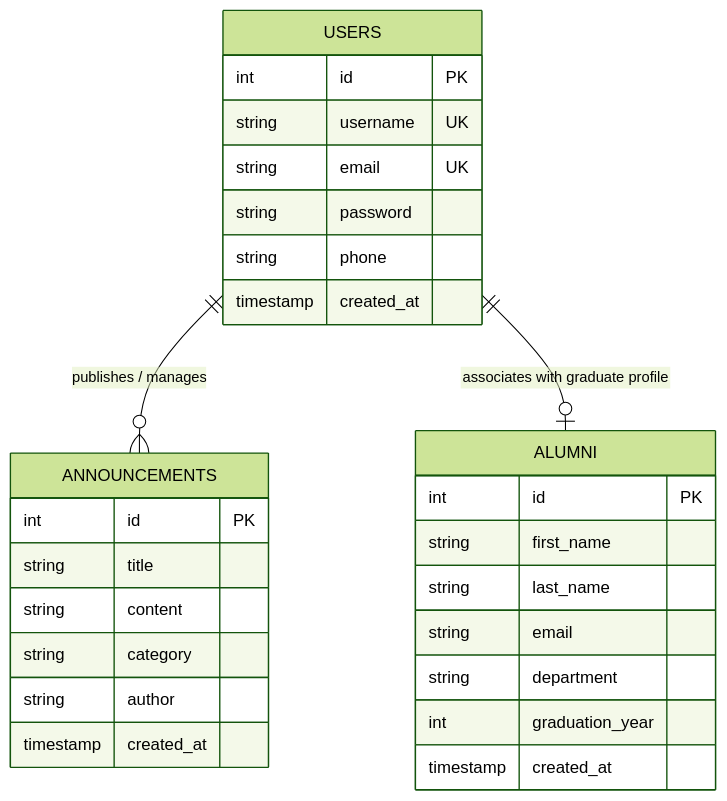
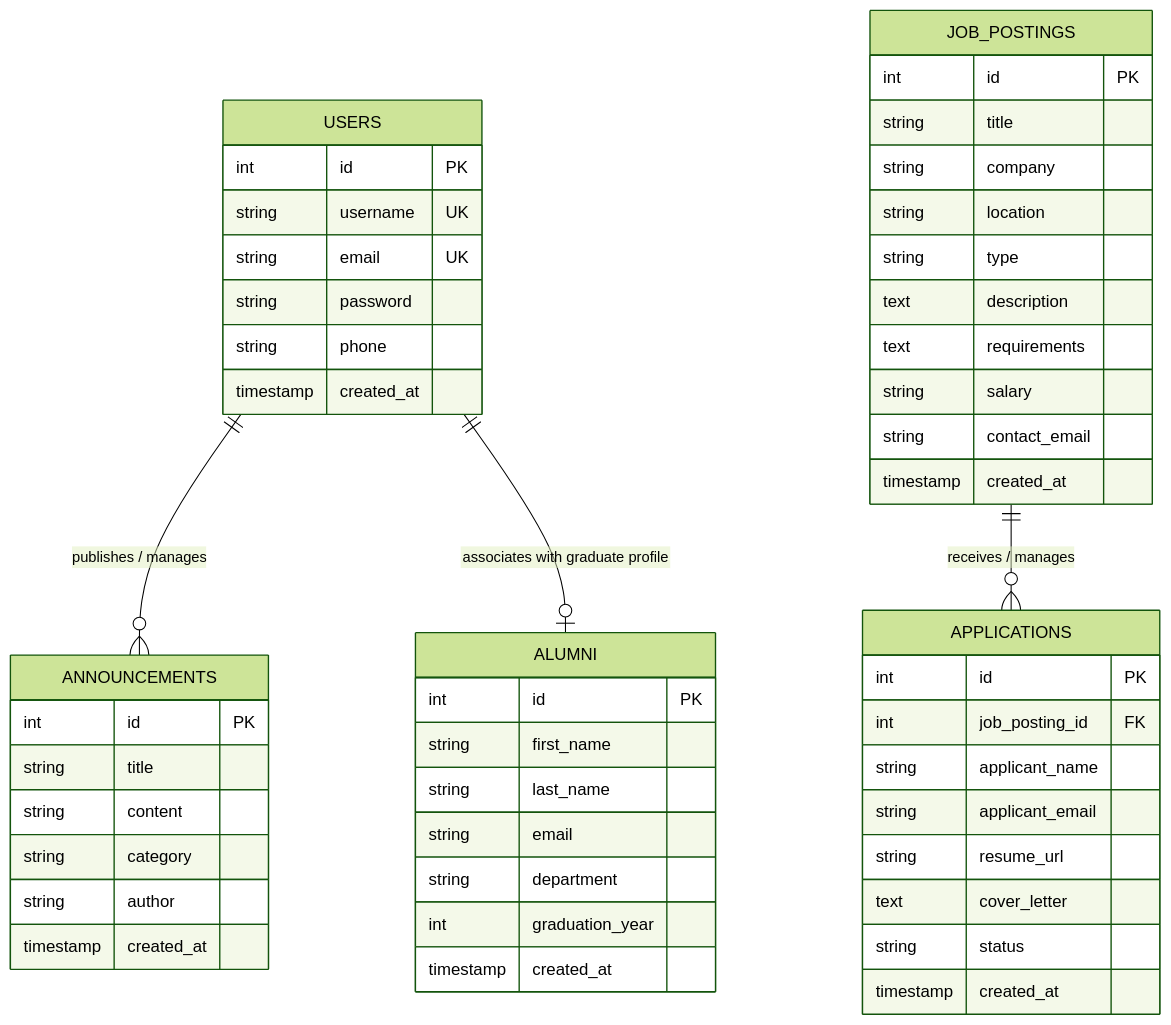
The diagram in DDD.md (dilarat1/alumni), drawn with Mermaid (forest theme) before and after one commit. The commit also changed other lines of this file and 22 other files, not shown here.

Commit message:
feat: add Job Postings and Applications tables, migrations, models, relations, direct/nested routes, seeds, and UIs

````diff
--- a/DDD.md
+++ b/DDD.md
@@ -86,33 +116,58 @@
 ```mermaid
 erDiagram
     USERS {
         int id PK
         string username UK
         string email UK
         string password
         string phone
         timestamp created_at
     }
 
     ALUMNI {
         int id PK
         string first_name
         string last_name
         string email
         string department
         int graduation_year
         timestamp created_at
     }
 
     ANNOUNCEMENTS {
         int id PK
         string title
         string content
         string category
         string author
         timestamp created_at
     }
 
+    JOB_POSTINGS {
+        int id PK
+        string title
+        string company
+        string location
+        string type
+        text description
+        text requirements
+        string salary
+        string contact_email
+        timestamp created_at
+    }
+
+    APPLICATIONS {
+        int id PK
+        int job_posting_id FK
+        string applicant_name
+        string applicant_email
+        string resume_url
+        text cover_letter
+        string status
+        timestamp created_at
+    }
+
     USERS ||--o{ ANNOUNCEMENTS : "publishes / manages"
     USERS ||--o| ALUMNI : "associates with graduate profile"
+    JOB_POSTINGS ||--o{ APPLICATIONS : "receives / manages"
 ```
````
